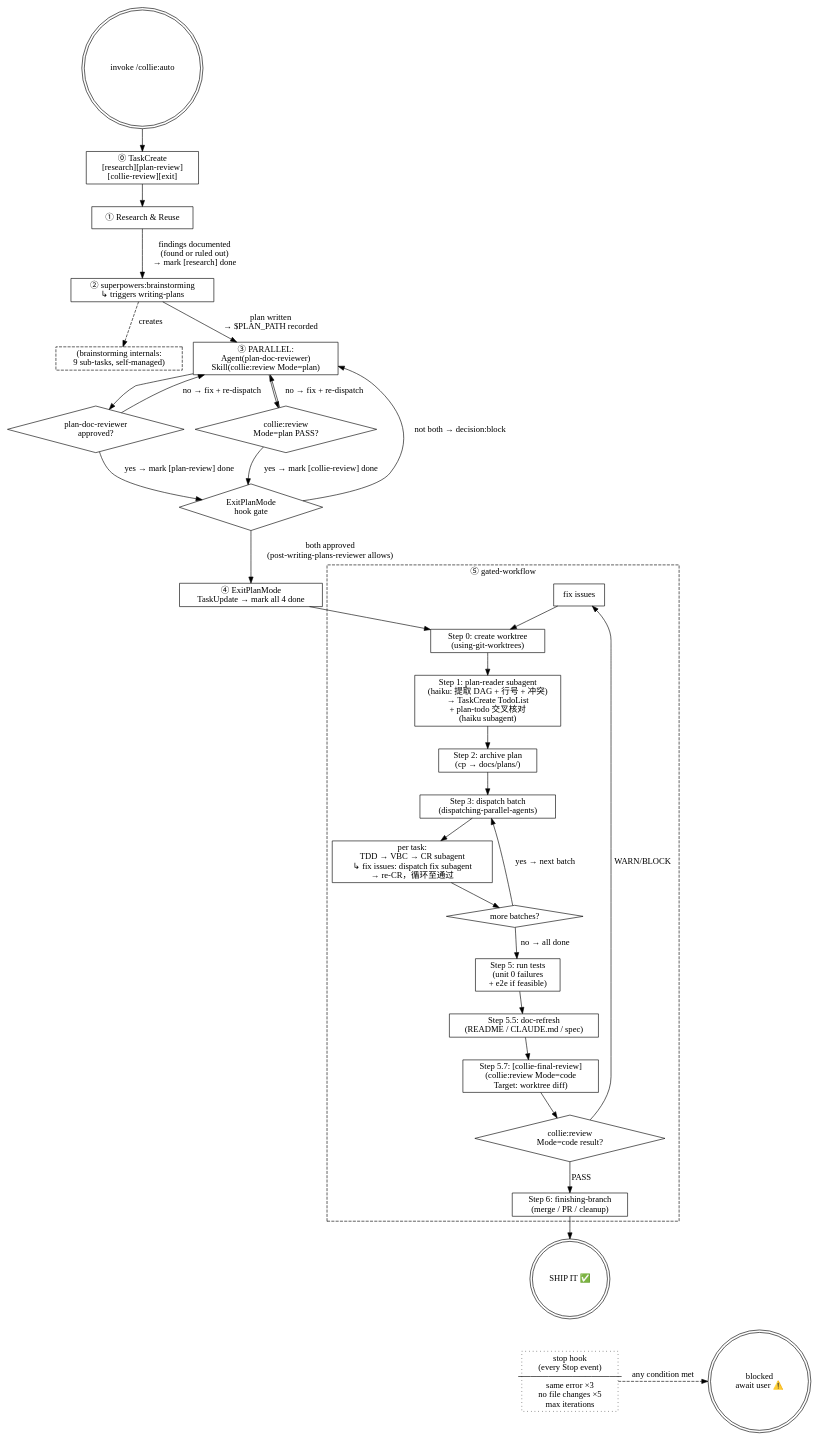
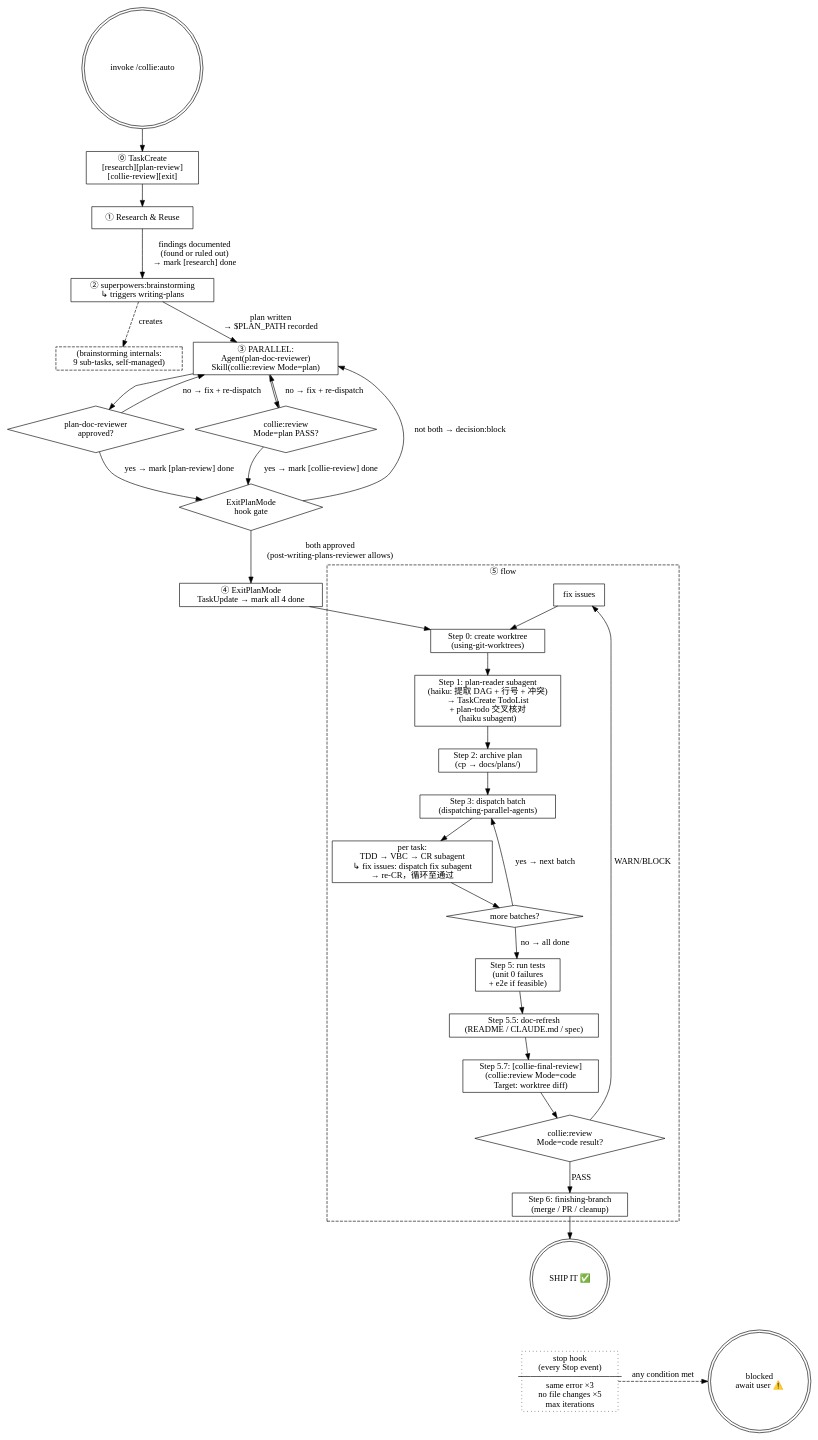
One commit to lkv1988/collie-harness changed the diagram in docs/auto-state-machine-detailed.md. Above: the diagram before and after it, drawn with Graphviz. The commit also changed other lines of this file and 29 other files, not shown here.

Commit message:
refactor: 品牌收尾 gated-workflow→flow / memory-palace→memory + README 重写

```diff
--- a/docs/auto-state-machine-detailed.md
+++ b/docs/auto-state-machine-detailed.md
@@ -20,7 +20,7 @@
     "(brainstorming internals:\n9 sub-tasks, self-managed)"          [shape=box, style=dashed];
     "③ PARALLEL:\nAgent(plan-doc-reviewer)\nSkill(collie:review Mode=plan)" [shape=box];
     "④ ExitPlanMode\nTaskUpdate → mark all 4 done"                 [shape=box];
-    // gated-workflow 节点已展开为 cluster，见下方 subgraph
+    // flow 节点已展开为 cluster，见下方 subgraph
     "fix issues"                                                    [shape=box];
 
     // ── Main flow ────────────────────────────────────────────────
@@ -73,9 +73,9 @@
     "④ ExitPlanMode\nTaskUpdate → mark all 4 done"
         -> GW_START;
 
-    // ── ⑤ gated-workflow (substate machine) ──────────────────────
+    // ── ⑤ flow (substate machine) ──────────────────────
     subgraph cluster_gw {
-        label="⑤ gated-workflow";
+        label="⑤ flow";
         style=dashed;
 
         GW_START [shape=box, label="Step 0: create worktree\n(using-git-worktrees)"];
```
